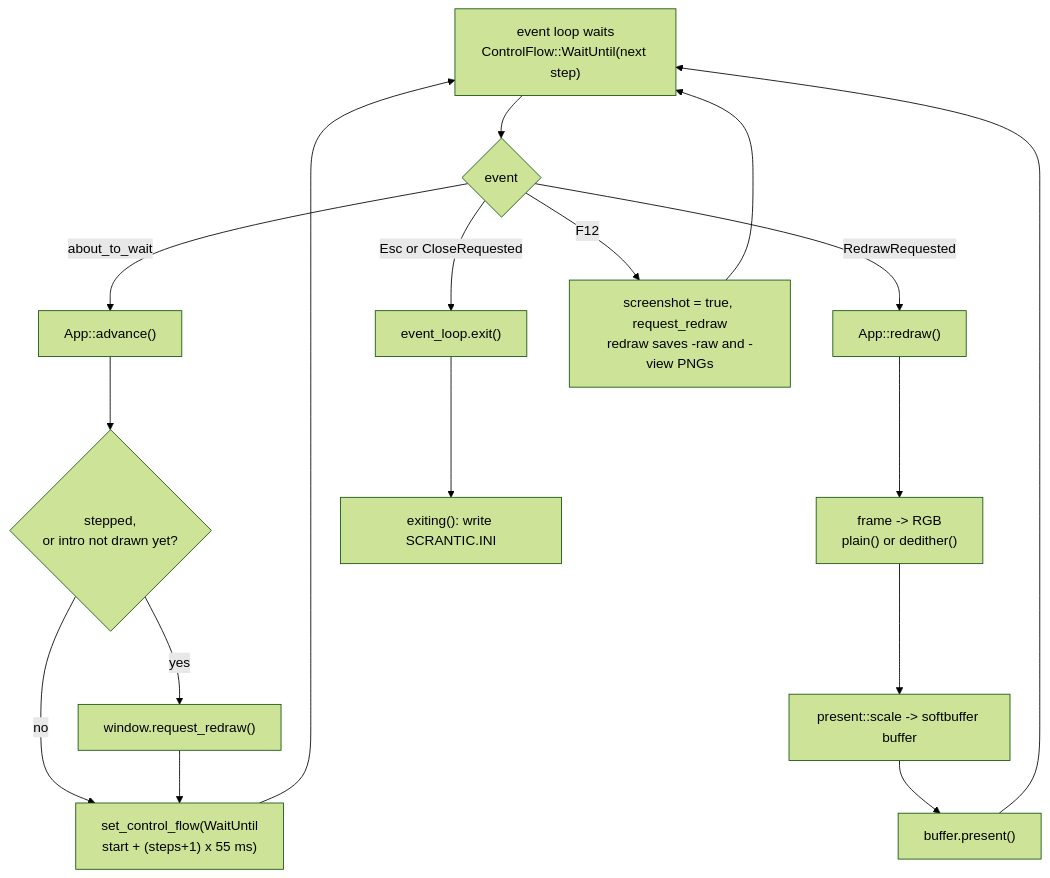
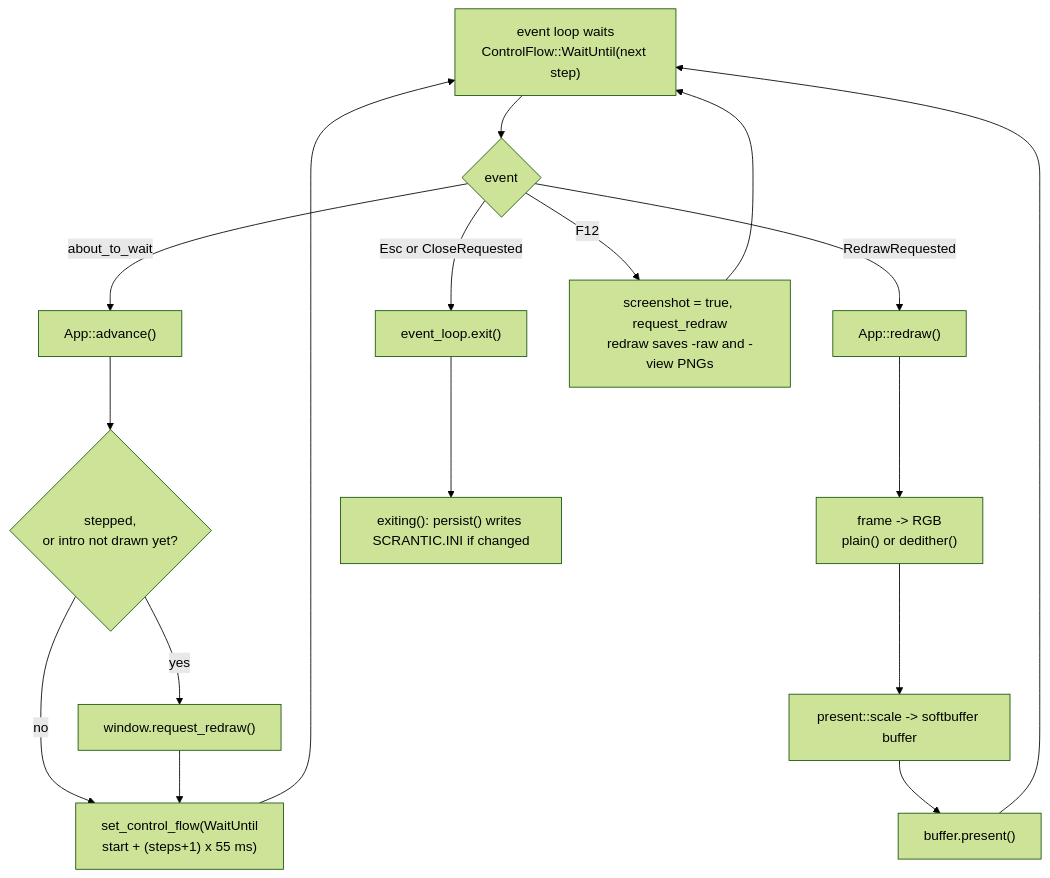
The third of 13 diagrams in docs/DIAGRAMS.md (glauberlima/open-scrantic), drawn with Mermaid (forest theme) before and after one commit. The commit also changed other lines of this file and 5 other files, not shown here.

First line of the commit message:
fix: save SCRANTIC.INI whenever the story progresses

````diff
--- a/docs/DIAGRAMS.md
+++ b/docs/DIAGRAMS.md
@@ -94,22 +94,22 @@
 ```mermaid
 flowchart TD
     W["event loop waits<br/>ControlFlow::WaitUntil(next step)"] --> EV{"event"}
 
     EV -->|"about_to_wait"| ADV["App::advance()"]
     ADV --> STEPPED{"stepped,<br/>or intro not drawn yet?"}
     STEPPED -->|yes| RR["window.request_redraw()"]
     STEPPED -->|no| SLEEP
     RR --> SLEEP["set_control_flow(WaitUntil<br/>start + (steps+1) x 55 ms)"]
     SLEEP --> W
 
     EV -->|"RedrawRequested"| RD["App::redraw()"]
     RD --> RD1["frame -> RGB<br/>plain() or dedither()"]
     RD1 --> RD2["present::scale -> softbuffer buffer"]
     RD2 --> RD3["buffer.present()"]
     RD3 --> W
 
     EV -->|"Esc or CloseRequested"| EXIT["event_loop.exit()"]
-    EXIT --> SAVE["exiting(): write SCRANTIC.INI"]
+    EXIT --> SAVE["exiting(): persist() writes SCRANTIC.INI if changed"]
     EV -->|"F12"| SHOT["screenshot = true, request_redraw<br/>redraw saves -raw and -view PNGs"]
     SHOT --> W
 ```
````
